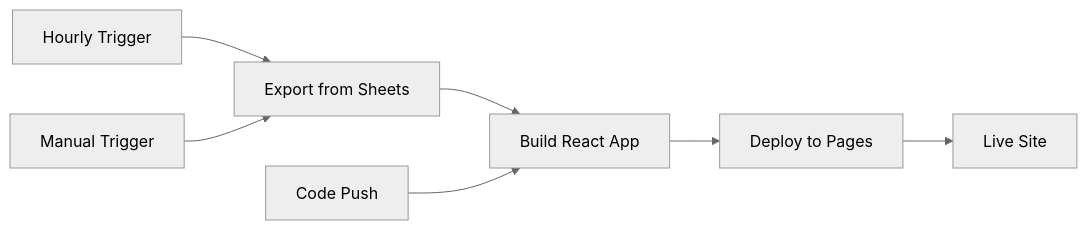
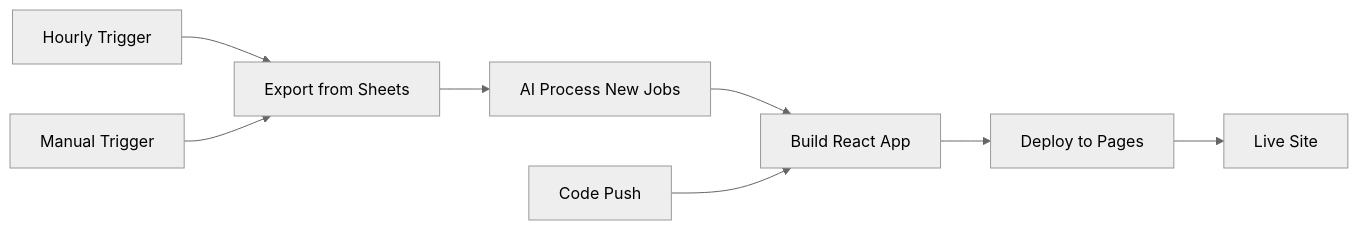
One commit to Moblyze/internal-jobs-review changed the diagram in .github/README.md. Above: the diagram before and after it, drawn with Mermaid (neutral theme). The commit also changed other lines of this file and 2 other files, not shown here.

````diff
--- a/.github/README.md
+++ b/.github/README.md
@@ -76,10 +79,11 @@
 ```mermaid
 graph LR
     A[Hourly Trigger] --> B[Export from Sheets]
-    B --> C[Build React App]
-    C --> D[Deploy to Pages]
-    D --> E[Live Site]
+    B --> C[AI Process New Jobs]
+    C --> D[Build React App]
+    D --> E[Deploy to Pages]
+    E --> F[Live Site]
 
-    F[Code Push] --> C
-    G[Manual Trigger] --> B
+    G[Code Push] --> D
+    H[Manual Trigger] --> B
 ```
````
